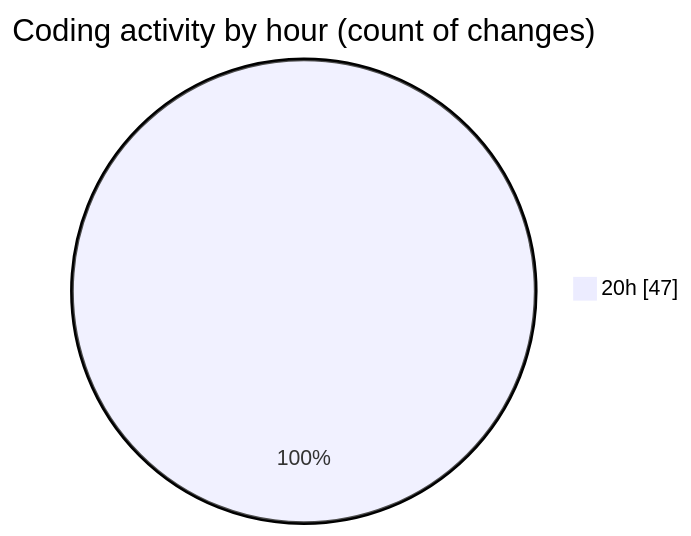
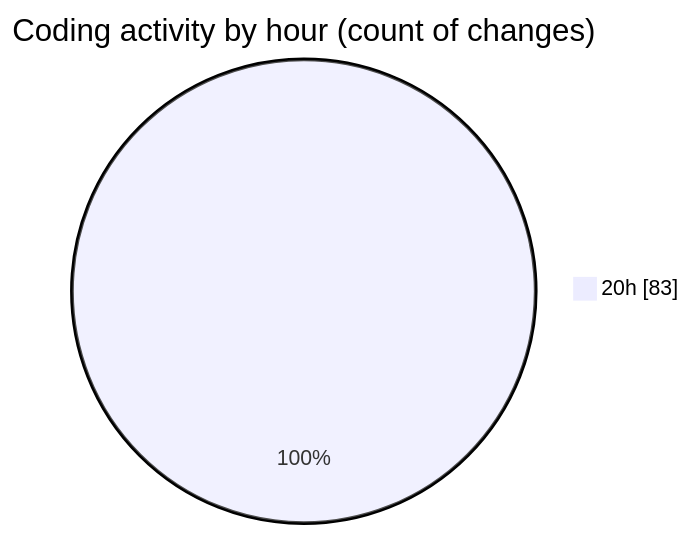
One commit to Ritupan-Deka/code-tracking changed the second of 2 diagrams in 2025-07-20/reactphpmysql/README.md. Above: the diagram before and after it, drawn with Mermaid. The commit also changed other lines of this file and 1 other file, not shown here.

````diff
--- a/2025-07-20/reactphpmysql/README.md
+++ b/2025-07-20/reactphpmysql/README.md
@@ -32,5 +32,5 @@
 ```mermaid
 pie showData
 title Coding activity by hour (count of changes)
-"20h" : 47
+"20h" : 83
 ```
````
